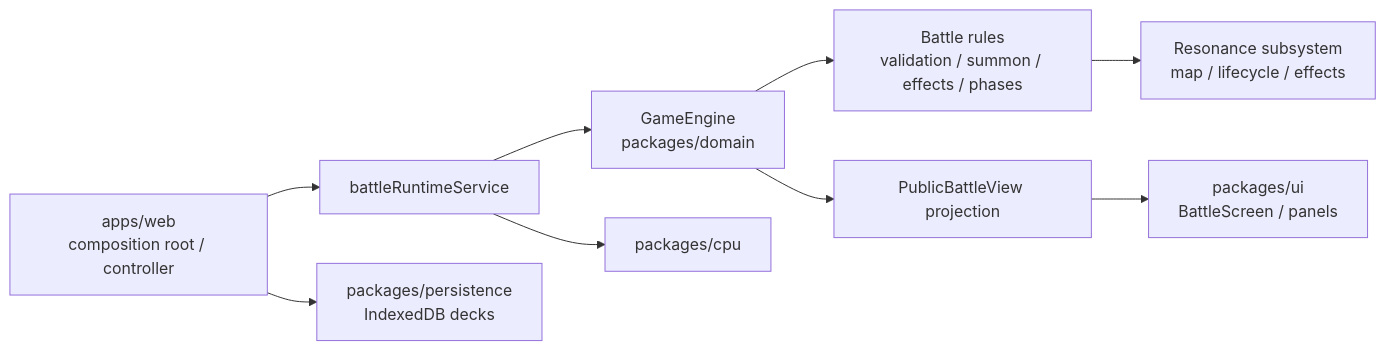
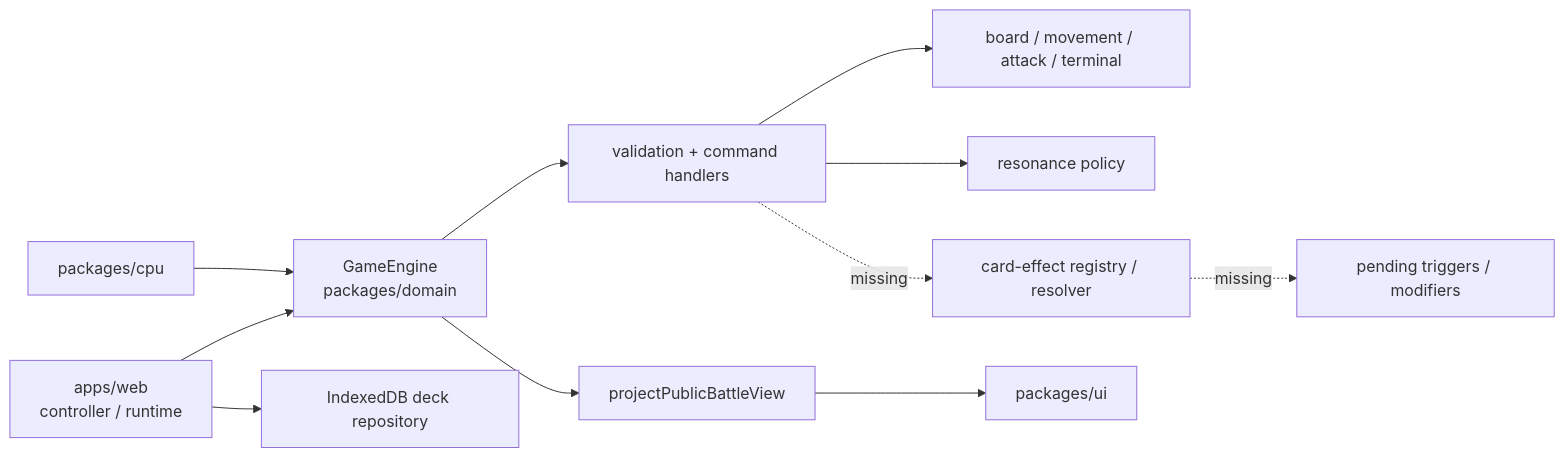
One commit to inui-hub/prj-ankake changed the first of 3 diagrams in aidlc/spaces/default/codekb/prj-ankake/architecture.md. Above: the diagram before and after it, drawn with Mermaid. The commit also changed other lines of this file and 437 other files, not shown here.

````diff
--- a/aidlc/spaces/default/codekb/prj-ankake/architecture.md
+++ b/aidlc/spaces/default/codekb/prj-ankake/architecture.md
@@ -9,11 +38,13 @@
 ```mermaid
 flowchart LR
-  Web[apps/web\ncomposition root / controller] --> Runtime[battleRuntimeService]
-  Runtime --> Engine[GameEngine\npackages/domain]
-  Runtime --> CPU[packages/cpu]
-  Engine --> Rules[Battle rules\nvalidation / summon / effects / phases]
-  Rules --> Resonance[Resonance subsystem\nmap / lifecycle / effects]
-  Engine --> Projection[PublicBattleView projection]
-  Projection --> UI[packages/ui\nBattleScreen / panels]
-  Web --> Persistence[packages/persistence\nIndexedDB decks]
+  Web[apps/web\ncontroller / runtime] --> Engine[GameEngine\npackages/domain]
+  CPU[packages/cpu] --> Engine
+  Engine --> Command[validation + command handlers]
+  Command --> Core[board / movement / attack / terminal]
+  Command --> Resonance[resonance policy]
+  Command -. missing .-> Effects[card-effect registry / resolver]
+  Effects -. missing .-> Queue[pending triggers / modifiers]
+  Engine --> Projection[projectPublicBattleView]
+  Projection --> UI[packages/ui]
+  Web --> Persistence[IndexedDB deck repository]
 ```
````
